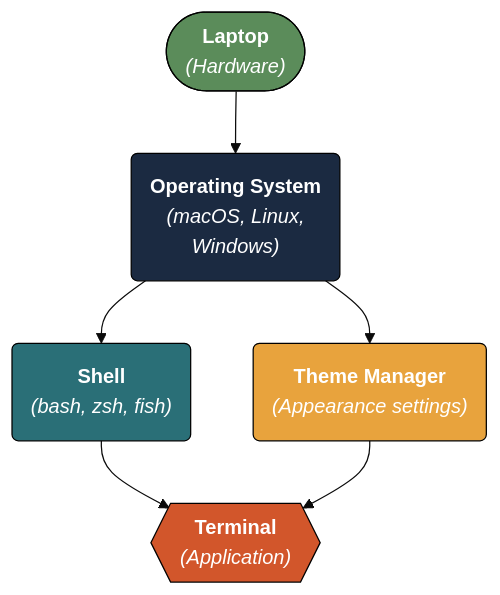
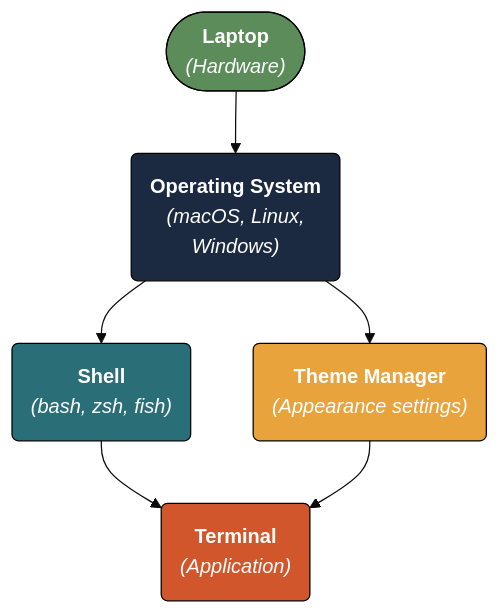
One commit to mjfrigaard/do4ds-labs changed the first of 2 diagrams in lab08.qmd. Above: the diagram before and after it, drawn with Mermaid. The commit also changed other lines of this file and 69 other files, not shown here.

Commit message:
style review fixes; mermaid look; lab07 model scripts and workflow deps

````diff
--- a/lab08.qmd
+++ b/lab08.qmd
@@ -29,26 +31,26 @@
 ```{mermaid}
 %%| fig-cap: 'System Architecture: Layers and Components'
 %%| fig-width: 7.0
 %%| fig-align: 'center'
-%%{init: {'theme': 'base', 'themeVariables': {'fontFamily': 'monospace'}}}%%
+%%{init: {'theme': 'base', 'look': 'classic', 'themeVariables': {'fontFamily': 'monospace'}}}%%
 
 graph TD
     Laptop(["<strong>Laptop</strong><br/><em>(Hardware)</em>"])
     OS("<strong>Operating System</strong><br/><em>(macOS, Linux,<br>Windows)</em>")
     Shell("<strong>Shell</strong><br/><em>(bash, zsh, fish)</em>")
-    Terminal{{"<strong>Terminal</strong><br/><em>(Application)</em>"}}
+    Terminal("<strong>Terminal</strong><br/><em>(Application)</em>")
     Theme("<strong>Theme Manager</strong><br/><em>(Appearance settings)</em>")
 
     Laptop --> OS
     OS --> Shell
     OS --> Theme
     Shell --> Terminal
     Theme --> Terminal
 
     style Laptop fill:#5B8C5A,stroke:#000000,stroke-width:1px,color:#ffffff
     style OS fill:#1B2A41,stroke:#000000,stroke-width:1px,color:#ffffff
     style Shell fill:#2A6F77,stroke:#000000,stroke-width:1px,color:#ffffff
     style Terminal fill:#D2562B,stroke:#000000,stroke-width:1px,color:#ffffff
     style Theme fill:#E8A33D,stroke:#000000,stroke-width:1px,color:#ffffff
     
 ```
````
